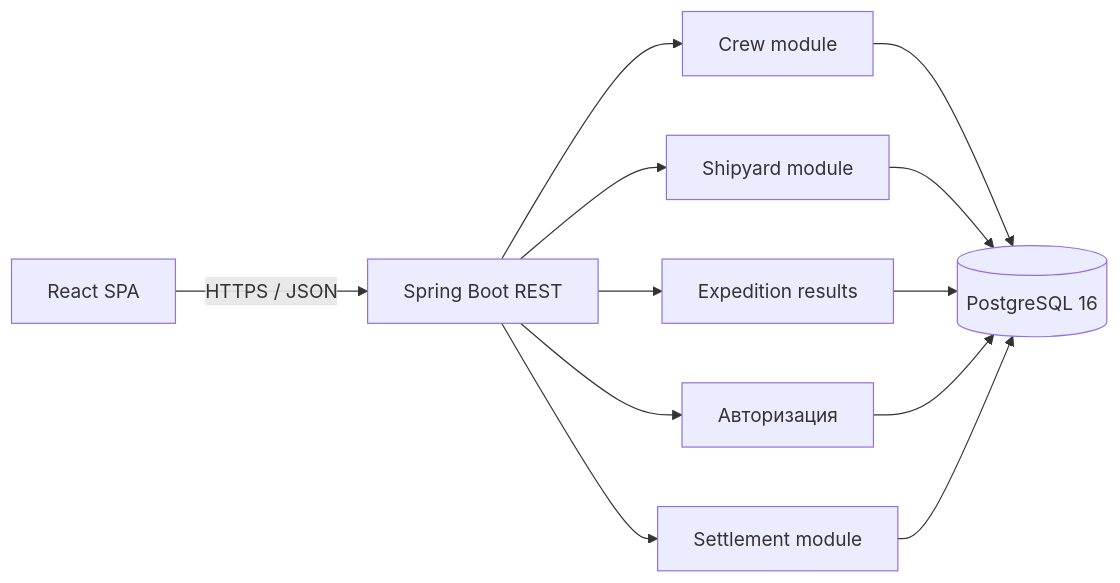
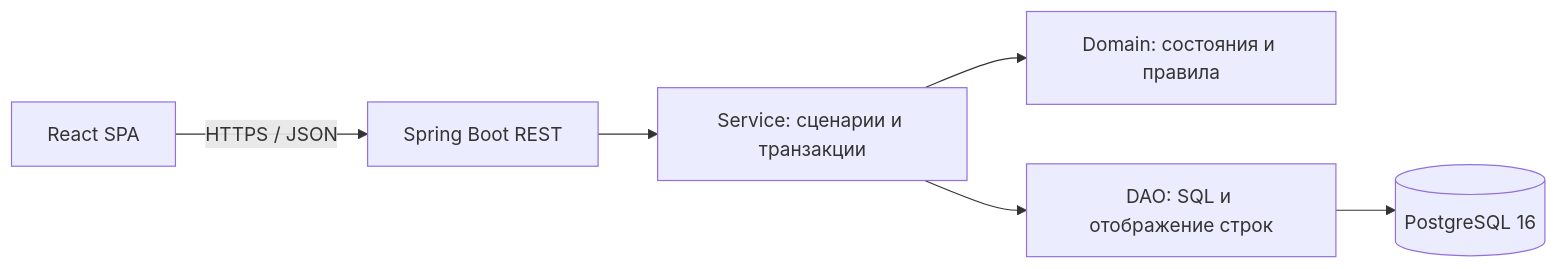
One commit to otto15/itmo-mpi changed the first of 4 diagrams in soft/docs/Software Architecture Document.md. Above: the diagram before and after it, drawn with Mermaid. The commit also changed other lines of this file and 37 other files, not shown here.

Commit message:
Separate DAO service and domain layers

````diff
--- a/soft/docs/Software Architecture Document.md
+++ b/soft/docs/Software Architecture Document.md
@@ -25,14 +25,8 @@
 ```mermaid
 flowchart LR
     Browser[React SPA] -->|HTTPS / JSON| API[Spring Boot REST]
-    API --> Auth[Авторизация]
-    API --> Settlements[Settlement module]
-    API --> Crew[Crew module]
-    API --> Shipyard[Shipyard module]
-    API --> Results[Expedition results]
-    Crew --> DB[(PostgreSQL 16)]
-    Shipyard --> DB
-    Results --> DB
-    Auth --> DB
-    Settlements --> DB
+    API --> Services[Service: сценарии и транзакции]
+    Services --> Domain[Domain: состояния и правила]
+    Services --> DAO[DAO: SQL и отображение строк]
+    DAO --> DB[(PostgreSQL 16)]
 ```
````
